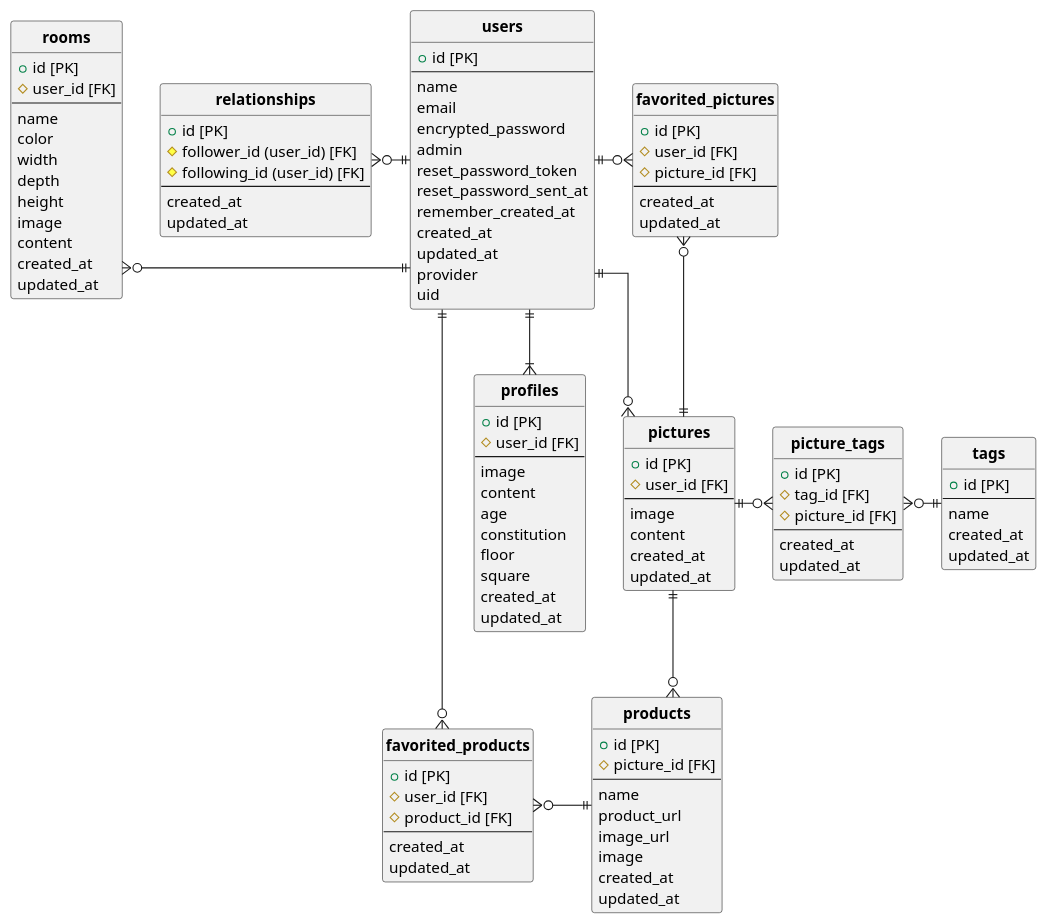
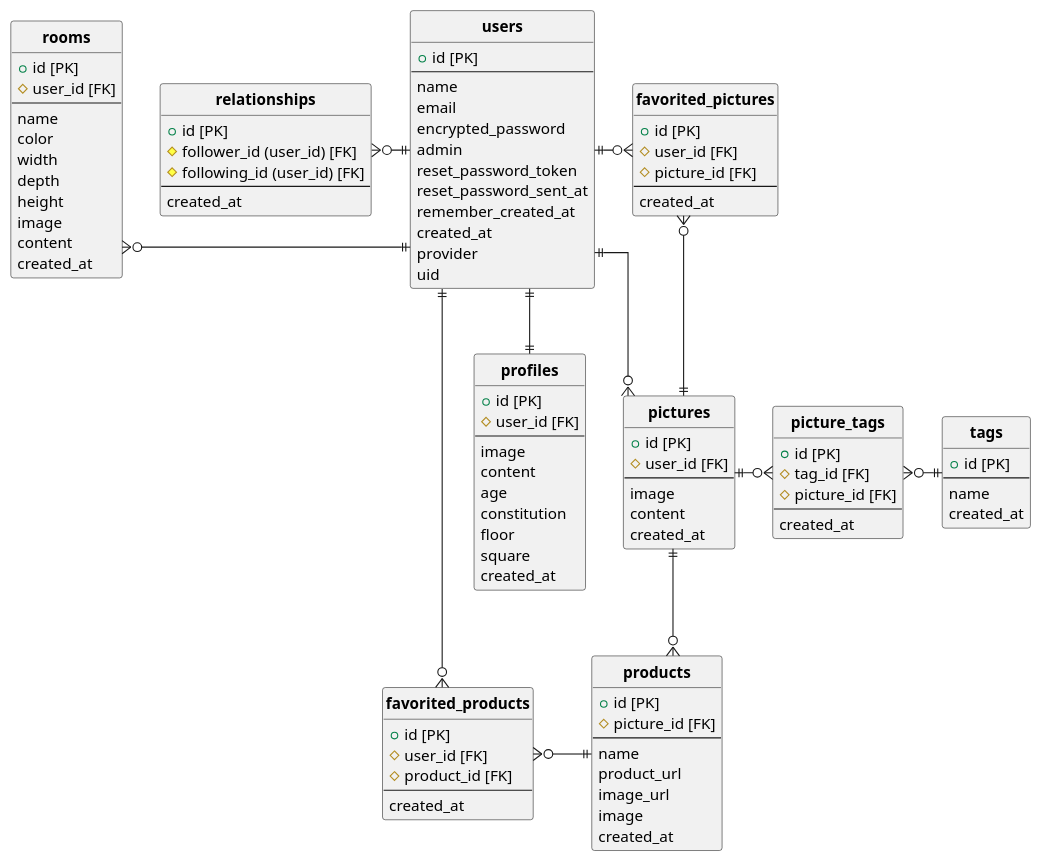
Before and after one commit to fynmrtsk1225/kadai_13: the diagram in ERmyru.pu, drawn with PlantUML. The commit also changed 1 other file, not shown here.

Commit message:
ER図とREADME.mdを修正

```diff
--- a/ERmyru.pu
+++ b/ERmyru.pu
@@ -6,131 +6,121 @@
 @startuml yonde
 ' hide the spot
 hide circle
 
 ' avoid problems with angled crows feet
 skinparam linetype ortho
 
 entity "**users**" as users {
   + id [PK]
   --
   name
   email
   encrypted_password
   admin
   reset_password_token
   reset_password_sent_at
   remember_created_at
   created_at
-  updated_at
   provider
   uid
 }
 
 entity "**profiles**" as profiles {
   + id [PK]
   # user_id [FK]
   --
   image
   content
   age
   constitution
   floor
   square
   created_at
-  updated_at
 }
 
 entity "**rooms**" as rooms {
   + id [PK]
   # user_id [FK]
   --
   name
   color
   width
   depth
   height
   image
   content
   created_at
-  updated_at
 }
 
 entity "**relationships**" as relationships {
   + id [PK]
   # follower_id (user_id) [FK]
   # following_id (user_id) [FK]
   --
   created_at
-  updated_at
 }
 
 entity "**pictures**" as pictures	 {
   + id [PK]
   # user_id [FK]
   --
   image
   content
   created_at
-  updated_at
 }
 
 entity "**favorited_pictures**" as favorited_pictures {
   + id [PK]
   # user_id [FK]
   # picture_id [FK]
   --
   created_at
-  updated_at
 }
 
 entity "**products**" as products {
   + id [PK]
   # picture_id [FK]
   --
   name
   product_url
   image_url
   image
   created_at
-  updated_at
 }
 
 entity "**favorited_products**" as favorited_products {
   + id [PK]
   # user_id [FK]
   # product_id [FK]
   --
   created_at
-  updated_at
 }
 
 entity "**tags**" as tags {
   + id [PK]
   --
   name
   created_at
-  updated_at
 }
 
 entity "**picture_tags**" as picture_tags {
   + id [PK]
   # tag_id [FK]
   # picture_id [FK]
   --
   created_at
-  updated_at
 }
 
 users ||-l-o{ relationships
 users ||-l-o{ rooms
 users ||-r-o{ favorited_pictures
 pictures ||-u-o{ favorited_pictures
 pictures ||--o{ products
 tags ||-l-o{ picture_tags
 products ||-l-o{ favorited_products
 users ||-d-o{ favorited_products
 users ||--o{ pictures
 pictures ||-r-o{ picture_tags
-users ||--|{ profiles
+users ||--|| profiles
 
 @enduml
```
